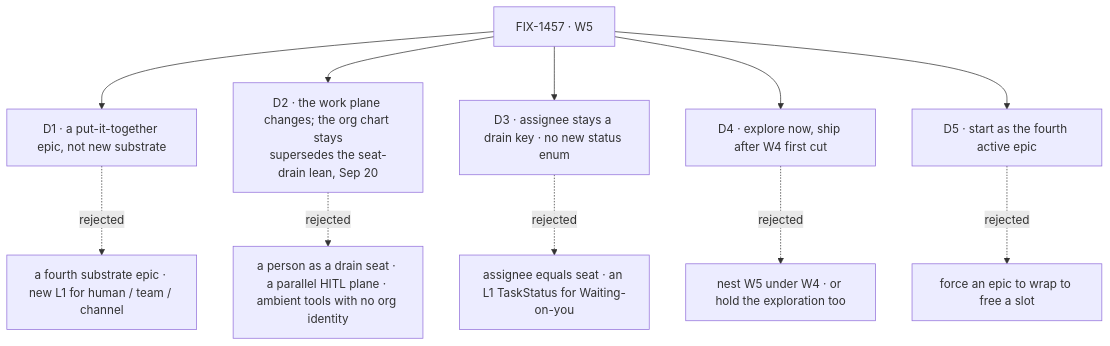
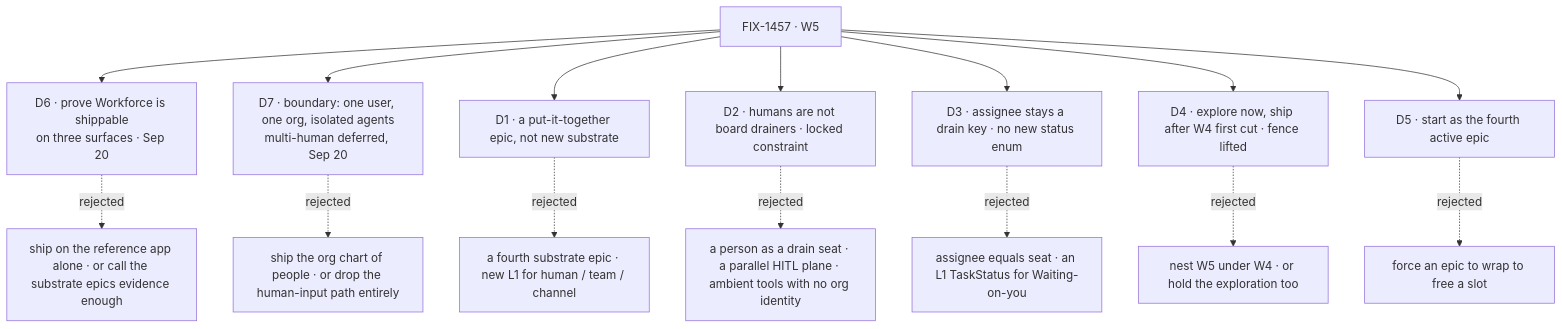
One commit to fixpoint-labs/flow-state-dev changed the diagram in spec/_epics/living-workforce/DECISIONS.md. Above: the diagram before and after it, drawn with Mermaid. The commit also changed other lines of this file and 6 other files, not shown here.

First line of the commit message:
spec(epic): re-cut W5 — prove Workforce ships; FIX-1458 canceled (FIX-1457)

````diff
--- a/spec/_epics/living-workforce/DECISIONS.md
+++ b/spec/_epics/living-workforce/DECISIONS.md
@@ -17,13 +16,17 @@
 ```mermaid
 flowchart TD
-  E["FIX-1457 · W5"] --> D1["D1 · a put-it-together epic, not new substrate"]
+  E["FIX-1457 · W5"] --> D6["D6 · prove Workforce is shippable<br/>on three surfaces · Sep 20"]
+  D6 -.->|"rejected"| X6["ship on the reference app alone · or call the substrate epics evidence enough"]
+  E --> D7["D7 · boundary: one user, one org, isolated agents<br/>multi-human deferred, Sep 20"]
+  D7 -.->|"rejected"| X7["ship the org chart of people · or drop the human-input path entirely"]
+  E --> D1["D1 · a put-it-together epic, not new substrate"]
   D1 -.->|"rejected"| X1["a fourth substrate epic · new L1 for human / team / channel"]
-  E --> D2["D2 · the work plane changes; the org chart stays<br/>supersedes the seat-drain lean, Sep 20"]
+  E --> D2["D2 · humans are not board drainers · locked constraint"]
   D2 -.->|"rejected"| X2["a person as a drain seat · a parallel HITL plane · ambient tools with no org identity"]
   E --> D3["D3 · assignee stays a drain key · no new status enum"]
   D3 -.->|"rejected"| X3["assignee equals seat · an L1 TaskStatus for Waiting-on-you"]
-  E --> D4["D4 · explore now, ship after W4 first cut"]
+  E --> D4["D4 · explore now, ship after W4 first cut · fence lifted"]
   D4 -.->|"rejected"| X4["nest W5 under W4 · or hold the exploration too"]
   E --> D5["D5 · start as the fourth active epic"]
   D5 -.->|"rejected"| X5["force an epic to wrap to free a slot"]
 ```
````
